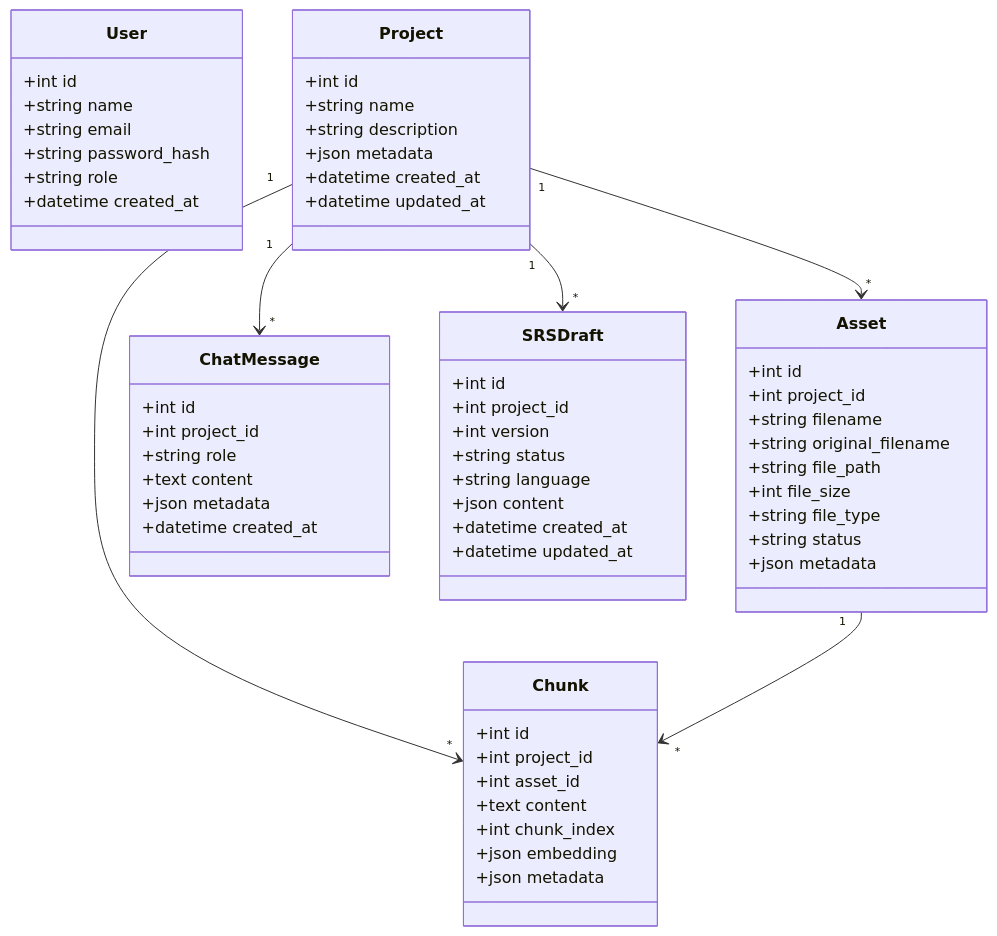
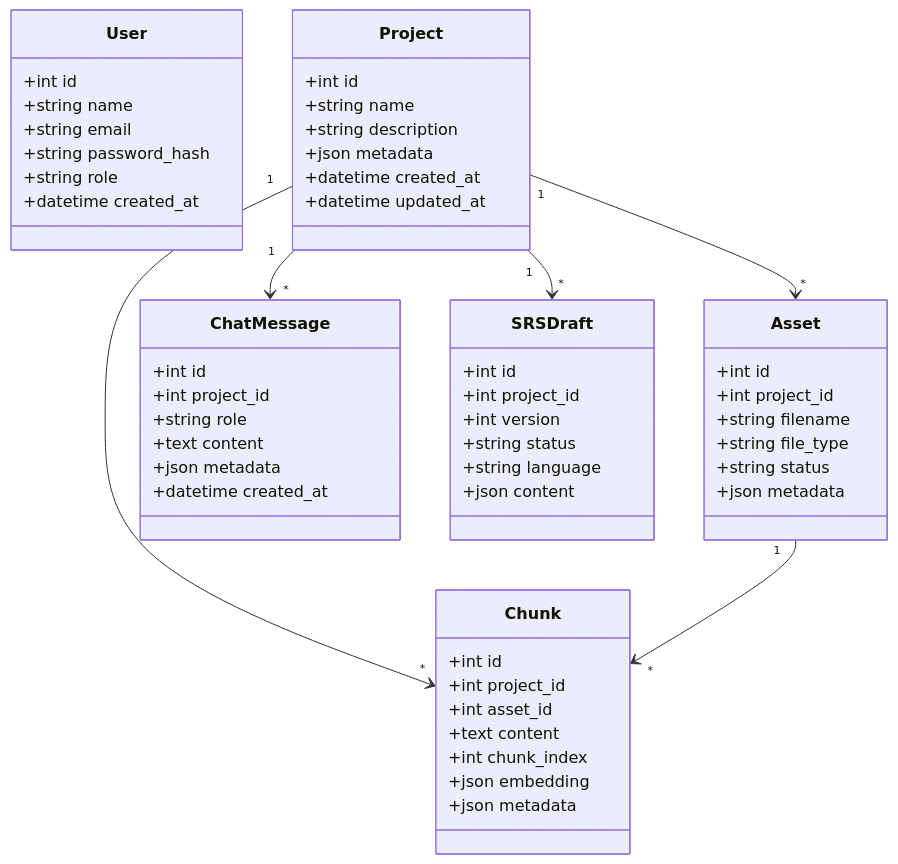
Before and after one commit to SaeedNeamtallah/product-analyst-voice-to-req: the third of 3 diagrams in README.md, drawn with Mermaid. The commit also changed other lines of this file and 32 other files, not shown here.

Commit message:
Fix auth persistence, add schema compatibility, and refresh env template

````diff
--- a/README.md
+++ b/README.md
@@ -133,68 +212,63 @@
 ```mermaid
 classDiagram
     class User {
-      +int id
-      +string name
-      +string email
-      +string password_hash
-      +string role
-      +datetime created_at
+        +int id
+        +string name
+        +string email
+        +string password_hash
+        +string role
+        +datetime created_at
     }
 
     class Project {
-      +int id
-      +string name
-      +string description
-      +json metadata
-      +datetime created_at
-      +datetime updated_at
+        +int id
+        +string name
+        +string description
+        +json metadata
+        +datetime created_at
+        +datetime updated_at
     }
 
     class Asset {
-      +int id
-      +int project_id
-      +string filename
-      +string original_filename
-      +string file_path
-      +int file_size
-      +string file_type
-      +string status
-      +json metadata
+        +int id
+        +int project_id
+        +string filename
+        +string file_type
+        +string status
+        +json metadata
     }
 
     class Chunk {
-      +int id
-      +int project_id
-      +int asset_id
-      +text content
-      +int chunk_index
-      +json embedding
-      +json metadata
+        +int id
+        +int project_id
+        +int asset_id
+        +text content
+        +int chunk_index
+        +json embedding
+        +json metadata
     }
 
     class ChatMessage {
-      +int id
-      +int project_id
-      +string role
-      +text content
-      +json metadata
-      +datetime created_at
+        +int id
+        +int project_id
+        +string role
+        +text content
+        +json metadata
+        +datetime created_at
     }
 
     class SRSDraft {
-      +int id
-      +int project_id
-      +int version
-      +string status
-      +string language
-      +json content
-      +datetime created_at
-      +datetime updated_at
+        +int id
+        +int project_id
+        +int version
+        +string status
+        +string language
+        +json content
     }
 
     Project "1" --> "*" Asset
     Project "1" --> "*" Chunk
     Project "1" --> "*" ChatMessage
     Project "1" --> "*" SRSDraft
     Asset "1" --> "*" Chunk
 ```
````
